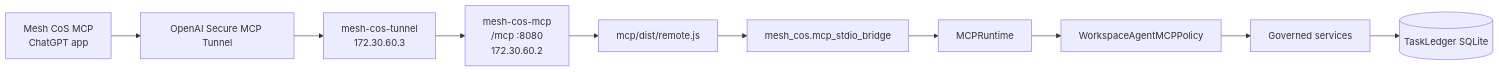
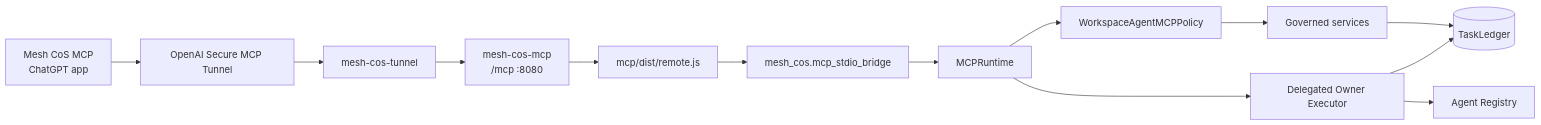
The second of 6 diagrams in docs/architecture.md (mkleinbe/mesh-ai-agent-cos-universe), drawn with Mermaid before and after one commit. The commit also changed other lines of this file, not shown here.

Commit message:
docs: integrate identity-aware delegated owner architecture

````diff
--- a/docs/architecture.md
+++ b/docs/architecture.md
@@ -46,12 +44,15 @@
 ```mermaid
 flowchart LR
     APP[Mesh CoS MCP\nChatGPT app] --> TUN[OpenAI Secure MCP Tunnel]
-    TUN --> SIDE[mesh-cos-tunnel\n172.30.60.3]
-    SIDE --> HTTP[mesh-cos-mcp\n/mcp :8080\n172.30.60.2]
+    TUN --> SIDE[mesh-cos-tunnel]
+    SIDE --> HTTP[mesh-cos-mcp\n/mcp :8080]
     HTTP --> NODE[mcp/dist/remote.js]
     NODE --> BRIDGE[mesh_cos.mcp_stdio_bridge]
     BRIDGE --> RT[MCPRuntime]
     RT --> POLICY[WorkspaceAgentMCPPolicy]
+    RT --> DX[Delegated Owner Executor]
+    DX --> TL[(TaskLedger)]
+    DX --> REG[Agent Registry]
     POLICY --> SVC[Governed services]
-    SVC --> L[(TaskLedger SQLite)]
+    SVC --> TL
 ```
````
